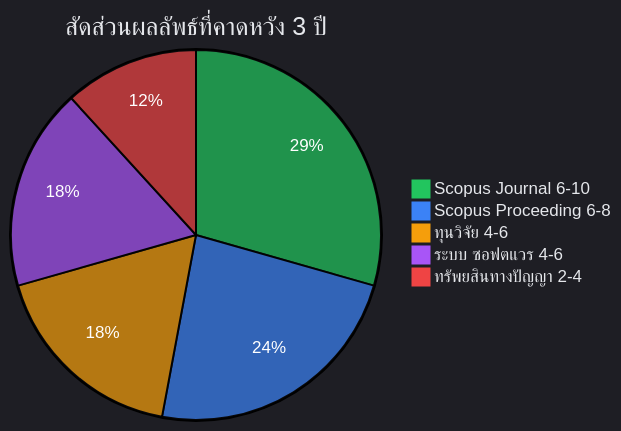
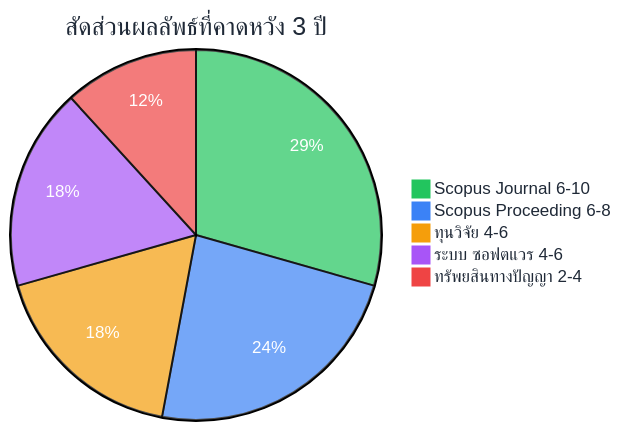
The fifth of 5 diagrams in research-plan/research_plan_2026_2029.md (nutthakorn7/kmutnb-fte-portfolio), drawn with Mermaid before and after one commit. The commit also changed 5 other files, not shown here.

Commit message:
Fix Mermaid theme: use base theme with dark text (GitHub SVG has white bg)

````diff
--- a/research-plan/research_plan_2026_2029.md
+++ b/research-plan/research_plan_2026_2029.md
@@ -470,9 +470,9 @@
 ```mermaid
-%%{init: {'theme': 'dark', 'themeVariables': {'pie1': '#22c55e', 'pie2': '#3b82f6', 'pie3': '#f59e0b', 'pie4': '#a855f7', 'pie5': '#ef4444', 'pieTitleTextColor': '#e5e7eb', 'pieSectionTextColor': '#fff', 'pieLegendTextColor': '#e5e7eb'}}}%%
+%%{init: {'theme': 'base', 'themeVariables': {'pie1': '#22c55e', 'pie2': '#3b82f6', 'pie3': '#f59e0b', 'pie4': '#a855f7', 'pie5': '#ef4444', 'pieTitleTextColor': '#1f2937', 'pieSectionTextColor': '#fff', 'pieLegendTextColor': '#1f2937'}}}%%
 pie title สัดส่วนผลลัพธ์ที่คาดหวัง 3 ปี
     "Scopus Journal 6-10" : 10
     "Scopus Proceeding 6-8" : 8
     "ทุนวิจัย 4-6" : 6
     "ระบบ ซอฟตแวร 4-6" : 6
     "ทรัพยสินทางปัญญา 2-4" : 4
 ```
````
